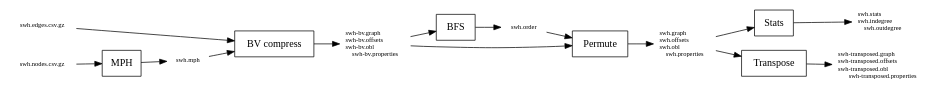
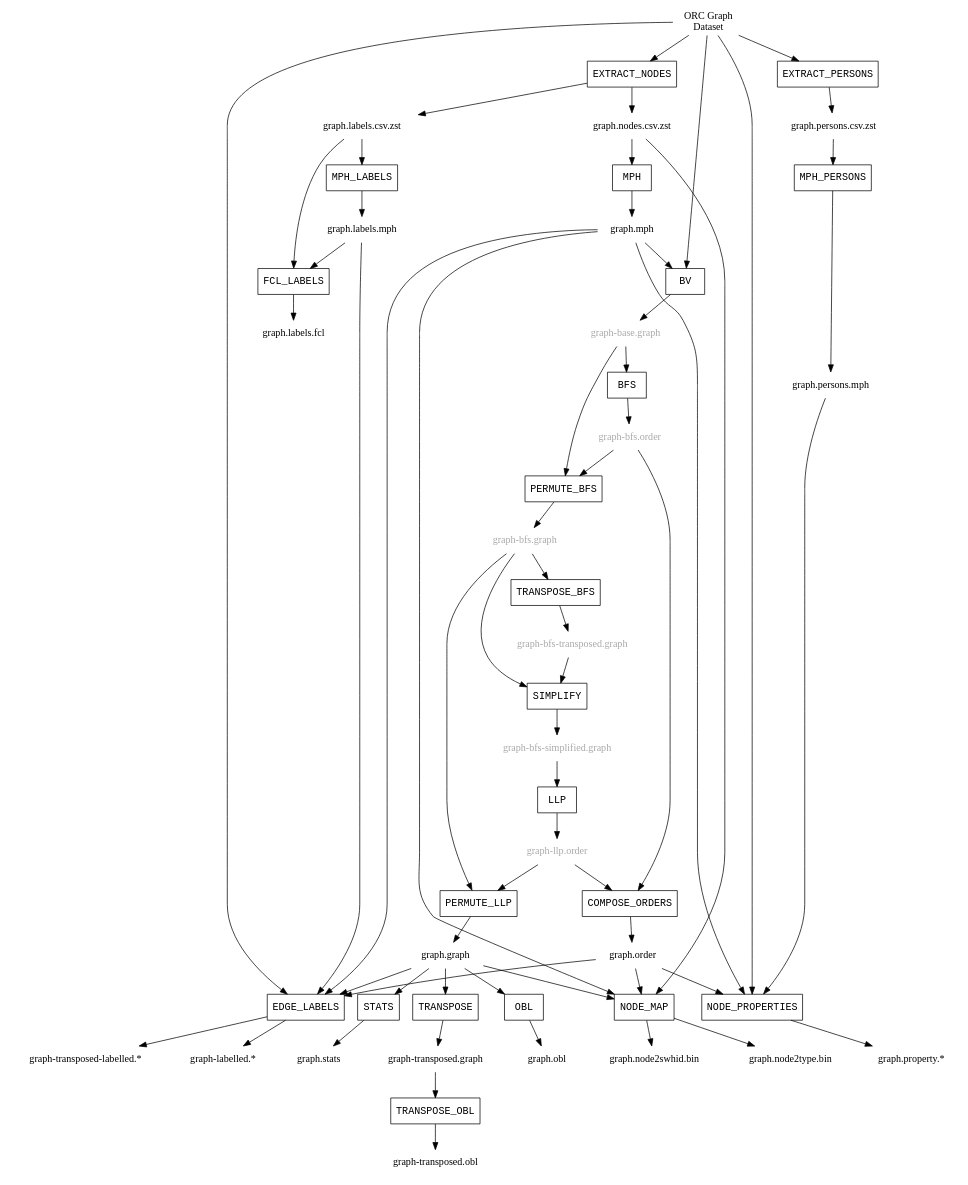
Before and after one commit to SoftwareHeritage/swh-graph: the diagram in docs/images/compression_steps.dot, drawn with Graphviz. The commit also changed 10 other files, not shown here.

```diff
--- a/docs/images/compression_steps.dot
+++ b/docs/images/compression_steps.dot
@@ -1,51 +1,105 @@
 digraph "Compression steps" {
-    // Horizontal graph
-    rankdir=LR;
+    node [shape = none];
+
+    orc_dataset [label="ORC Graph\nDataset"];
+    nodes_csv [label="graph.nodes.csv.zst"];
+    labels_csv [label="graph.labels.csv.zst"];
+    graph_mph [label="graph.mph"];
 
     subgraph {
-        input_edges [label="swh.edges.csv.gz", fontsize=9, shape=none];
-        input_nodes [label="swh.nodes.csv.gz", fontsize=9, shape=none];
-        {rank=same; input_edges; input_nodes;}
+        node [fontcolor=darkgray];
+        graph_base [label="graph-base.graph"]
+        graph_bfs_order [label="graph-bfs.order"]
+        graph_bfs [label="graph-bfs.graph"]
+        graph_bfs_transposed [label="graph-bfs-transposed.graph"]
+        graph_bfs_simplified [label="graph-bfs-simplified.graph"]
+        graph_llp_order [label="graph-llp.order"]
     }
 
-    mph [label="MPH", shape=box];
-    mph_out [label="swh.mph", fontsize=9, shape=none];
+    graph_llp [label="graph.graph"]
+    graph_llp_transposed [label="graph-transposed.graph"]
+    graph_order [label="graph.order"]
+    graph_obl [label="graph.obl"]
+    graph_transposed_obl [label="graph-transposed.obl"]
+    stats [label="graph.stats"]
+    swhidmap [label="graph.node2swhid.bin"]
+    typemap [label="graph.node2type.bin"]
+    persons_csv [label="graph.persons.csv.zst"];
+    persons_mph [label="graph.persons.mph"];
+    node_properties [label="graph.property.*"];
+    labels_mph [label="graph.labels.mph"];
+    labels_fcl [label="graph.labels.fcl"];
+    graph_labelled [label="graph-labelled.*"];
+    graph_transposed_labelled [label="graph-transposed-labelled.*"];
 
-    bv_compress [label="BV compress", shape=box];
-    bv_compress_out
-        [label="swh-bv.graph\lswh-bv.offsets\lswh-bv.obl\lswh-bv.properties",
-        fontsize=9, shape=none];
+    subgraph {
+        node [shape=box, fontname="Courier New"];
+        EXTRACT_NODES;
+        MPH;
+        BV;
+        BFS;
+        PERMUTE_BFS;
+        TRANSPOSE_BFS;
+        SIMPLIFY;
+        LLP;
+        PERMUTE_LLP;
+        COMPOSE_ORDERS;
+        STATS;
+        TRANSPOSE;
+        OBL;
+        TRANSPOSE_OBL;
+        NODE_MAP;
+        EXTRACT_PERSONS;
+        MPH_PERSONS;
+        NODE_PROPERTIES;
+        MPH_LABELS;
+        FCL_LABELS;
+        EDGE_LABELS;
+    }
 
-    bfs [label="BFS", shape=box];
-    bfs_out [label="swh.order", fontsize=9, shape=none];
 
-    permute [label="Permute", shape=box];
-    permute_out
-        [label="swh.graph\lswh.offsets\lswh.obl\lswh.properties",
-        fontsize=9, shape=none];
-
-    stats [label="Stats", shape=box];
-    stats_out
-        [label="swh.stats\lswh.indegree\lswh.outdegree",
-        fontsize=9, shape=none];
-
-    transpose [label="Transpose", shape=box];
-    transpose_out
-        [label="swh-transposed.graph\lswh-transposed.offsets\lswh-transposed.obl\lswh-transposed.properties",
-        fontsize=9, shape=none];
-
-    input_nodes -> mph;
-    input_edges -> bv_compress;
-    mph -> mph_out;
-    mph_out -> bv_compress;
-    bv_compress -> bv_compress_out;
-    bv_compress_out-> bfs;
-    bv_compress_out-> permute;
-    bfs -> bfs_out;
-    bfs_out -> permute;
-    permute -> permute_out;
-    permute_out -> stats;
-    permute_out -> transpose;
-    stats -> stats_out;
-    transpose -> transpose_out;
+    orc_dataset -> EXTRACT_NODES;
+    EXTRACT_NODES -> nodes_csv;
+    EXTRACT_NODES -> labels_csv;
+    nodes_csv -> MPH -> graph_mph;
+    graph_mph -> BV;
+    orc_dataset -> BV -> graph_base;
+    graph_base -> BFS -> graph_bfs_order;
+    graph_bfs_order -> PERMUTE_BFS;
+    graph_base -> PERMUTE_BFS -> graph_bfs;
+    graph_bfs -> TRANSPOSE_BFS -> graph_bfs_transposed;
+    graph_bfs_transposed -> SIMPLIFY;
+    graph_bfs -> SIMPLIFY -> graph_bfs_simplified;
+    graph_bfs_simplified -> LLP -> graph_llp_order;
+    graph_llp_order -> PERMUTE_LLP;
+    graph_bfs -> PERMUTE_LLP -> graph_llp;
+    graph_bfs_order -> COMPOSE_ORDERS;
+    graph_llp_order -> COMPOSE_ORDERS -> graph_order;
+    graph_llp -> TRANSPOSE -> graph_llp_transposed;
+    graph_llp -> OBL -> graph_obl;
+    graph_llp_transposed -> TRANSPOSE_OBL -> graph_transposed_obl;
+    graph_llp -> STATS -> stats;
+    graph_llp -> NODE_MAP;
+    nodes_csv -> NODE_MAP;
+    graph_mph -> NODE_MAP;
+    graph_order -> NODE_MAP;
+    NODE_MAP -> swhidmap;
+    NODE_MAP -> typemap;
+    orc_dataset -> EXTRACT_PERSONS -> persons_csv;
+    persons_csv -> MPH_PERSONS -> persons_mph;
+    orc_dataset -> NODE_PROPERTIES;
+    persons_mph -> NODE_PROPERTIES;
+    graph_mph -> NODE_PROPERTIES;
+    graph_order -> NODE_PROPERTIES;
+    NODE_PROPERTIES -> node_properties;
+    labels_csv -> MPH_LABELS -> labels_mph;
+    labels_mph -> FCL_LABELS;
+    labels_csv -> FCL_LABELS -> labels_fcl;
+    orc_dataset -> EDGE_LABELS;
+    labels_mph -> EDGE_LABELS;
+    graph_llp -> EDGE_LABELS;
+    graph_mph -> EDGE_LABELS;
+    graph_order -> EDGE_LABELS;
+    EDGE_LABELS -> graph_labelled;
+    EDGE_LABELS -> graph_transposed_labelled;
 }
```
